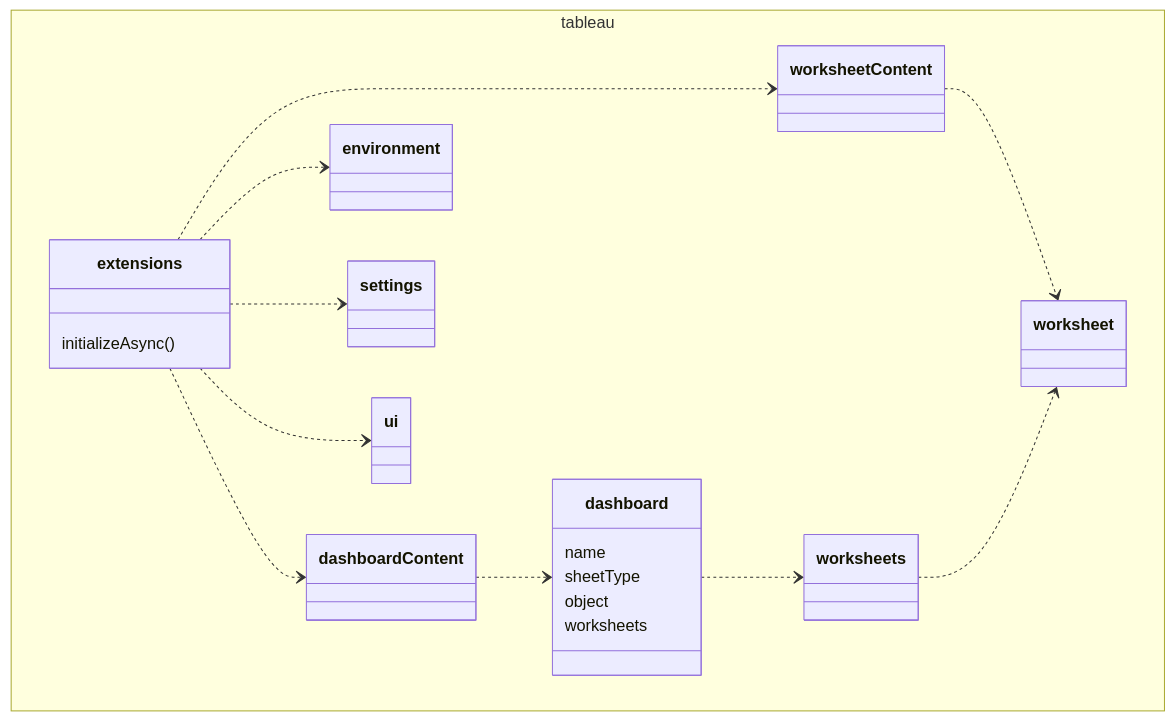
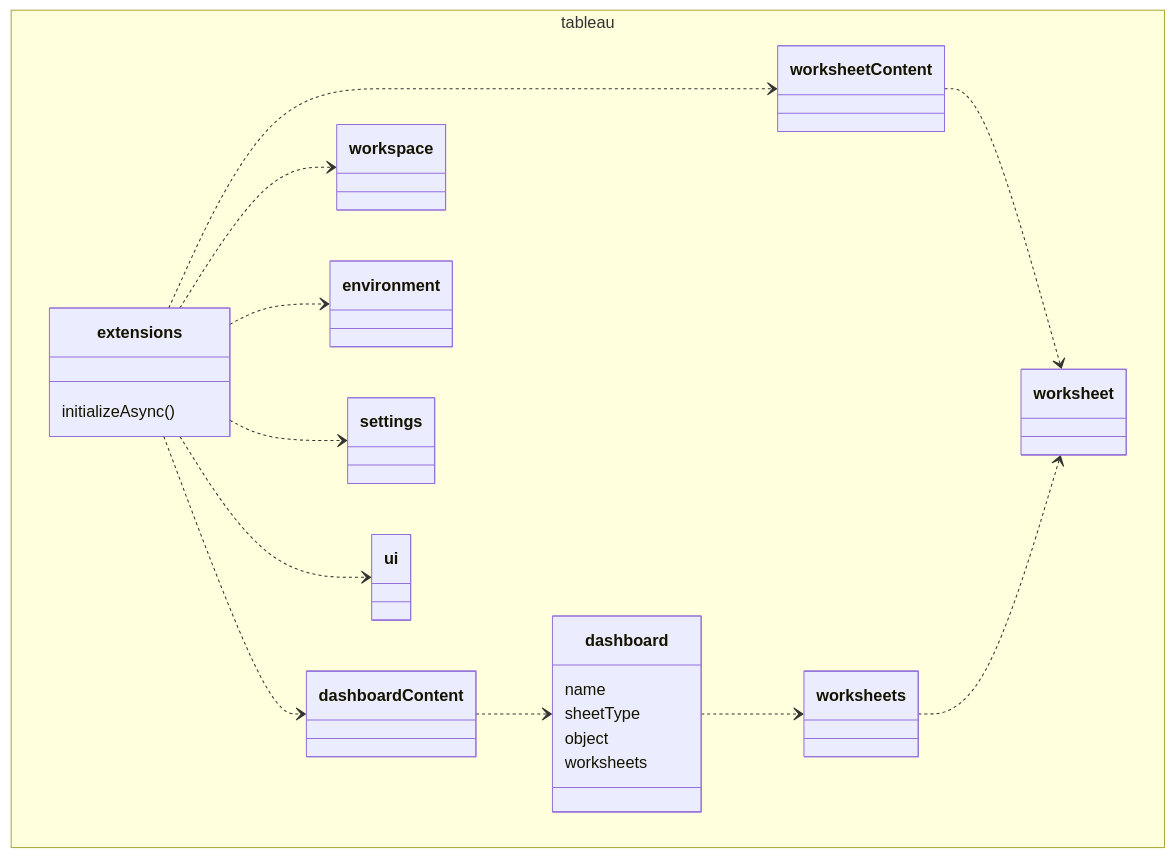
Before and after one commit to tableau/extensions-api: the second of 2 diagrams in website/docs/trex_api_about.md, drawn with Mermaid. The commit also changed other lines of this file and 9 other files, not shown here.

````diff
--- a/website/docs/trex_api_about.md
+++ b/website/docs/trex_api_about.md
@@ -122,48 +157,50 @@
 ```mermaid
 
 classDiagram
     namespace tableau {  
         class extensions
         class dashboardContent
         class worksheetContent
+        class workspace
         class worksheet
         class dashboard
         class environment
         class settings
         class ui
         class worksheets
     }
 
     class extensions
     extensions ..> dashboardContent
     extensions ..> worksheetContent
+    extensions ..> workspace
     extensions ..> environment
     extensions ..> settings
     extensions ..> ui
     extensions: initializeAsync()
     
 
 
     class worksheetContent
     worksheetContent ..> worksheet 
 
     class dashboardContent 
       dashboardContent ..> dashboard
       dashboard
       worksheets
 
       class dashboard {
         name
         sheetType
         object
         worksheets 
 
       }
       dashboard ..> worksheets
       worksheets ..> worksheet
 
      class worksheets
 
      class worksheet
 
 ```
````
